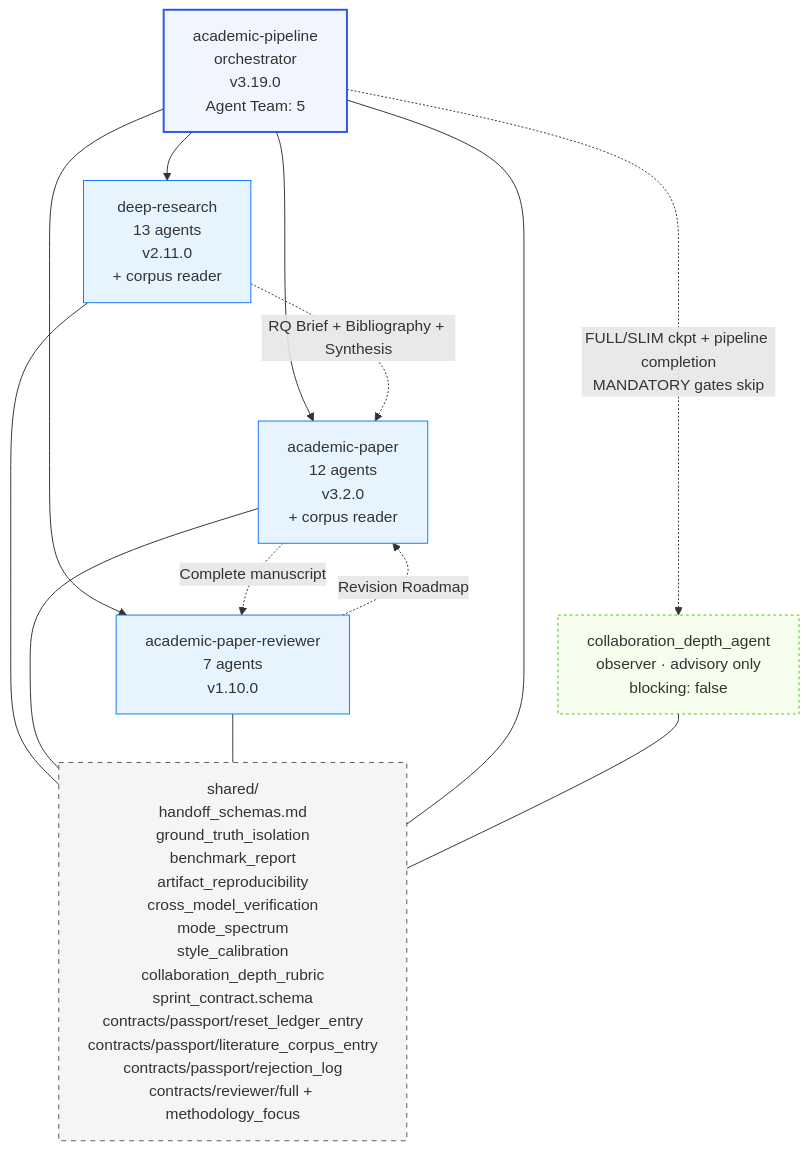
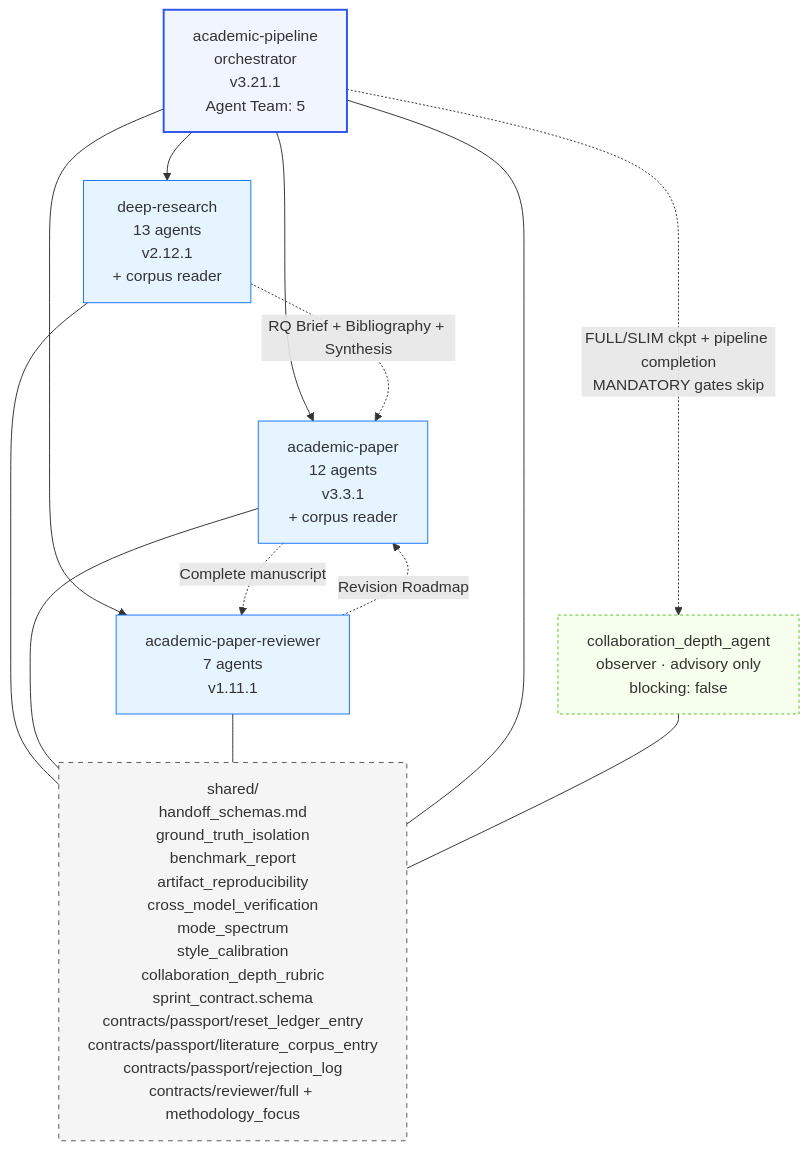
One commit to zhangyang-crazy-one/academic-research-workbench changed the fourth of 5 diagrams in skills/academic-research-suite/ars/docs/ARCHITECTURE.md. Above: the diagram before and after it, drawn with Mermaid. The commit also changed other lines of this file and 553 other files, not shown here.

````diff
--- a/skills/academic-research-suite/ars/docs/ARCHITECTURE.md
+++ b/skills/academic-research-suite/ars/docs/ARCHITECTURE.md
@@ -201,31 +218,31 @@
 ```mermaid
 graph TD
-    Pipeline[academic-pipeline<br/>orchestrator<br/>v3.19.0<br/>Agent Team: 5]
+    Pipeline[academic-pipeline<br/>orchestrator<br/>v3.21.1<br/>Agent Team: 5]
     Observer[collaboration_depth_agent<br/>observer · advisory only<br/>blocking: false]
-    DR[deep-research<br/>13 agents<br/>v2.11.0<br/>+ corpus reader]
-    AP[academic-paper<br/>12 agents<br/>v3.2.0<br/>+ corpus reader]
-    APR[academic-paper-reviewer<br/>7 agents<br/>v1.10.0]
+    DR[deep-research<br/>13 agents<br/>v2.12.1<br/>+ corpus reader]
+    AP[academic-paper<br/>12 agents<br/>v3.3.1<br/>+ corpus reader]
+    APR[academic-paper-reviewer<br/>7 agents<br/>v1.11.1]
     Shared[shared/<br/>handoff_schemas.md<br/>ground_truth_isolation<br/>benchmark_report<br/>artifact_reproducibility<br/>cross_model_verification<br/>mode_spectrum<br/>style_calibration<br/>collaboration_depth_rubric<br/>sprint_contract.schema<br/>contracts/passport/reset_ledger_entry<br/>contracts/passport/literature_corpus_entry<br/>contracts/passport/rejection_log<br/>contracts/reviewer/full + methodology_focus]
 
     Pipeline --> DR
     Pipeline --> AP
     Pipeline --> APR
     Pipeline -. "FULL/SLIM ckpt + pipeline completion<br/>MANDATORY gates skip" .-> Observer
     DR -. "RQ Brief + Bibliography + Synthesis" .-> AP
     AP -. "Complete manuscript" .-> APR
     APR -. "Revision Roadmap" .-> AP
     DR --- Shared
     AP --- Shared
     APR --- Shared
     Pipeline --- Shared
     Observer --- Shared
 
     classDef orch fill:#f0f5ff,stroke:#2f54eb,stroke-width:2px
     classDef skill fill:#e6f4ff,stroke:#1677ff
     classDef shared fill:#f5f5f5,stroke:#595959,stroke-dasharray:5 5
     classDef observer fill:#f6ffed,stroke:#52c41a,stroke-dasharray:3 3
     class Pipeline orch
     class DR,AP,APR skill
     class Shared shared
     class Observer observer
 ```
````
